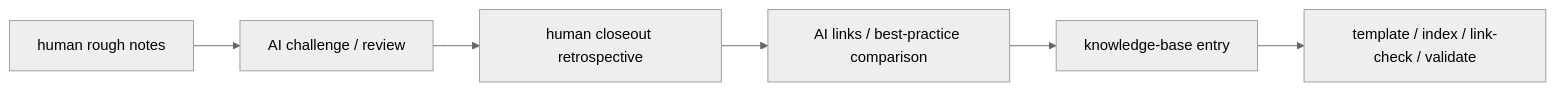
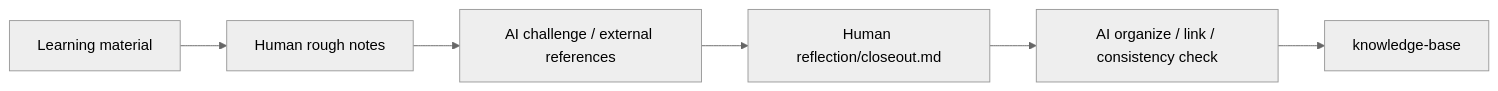
One commit to hedon954/daedalus changed the fourth of 4 diagrams in README.md. Above: the diagram before and after it, drawn with Mermaid (neutral theme). The commit also changed other lines of this file and 30 other files, not shown here.

````diff
--- a/README.md
+++ b/README.md
@@ -217,8 +217,8 @@
 ```mermaid
 flowchart LR
-    Notes["human rough notes"] --> Review["AI challenge / review"]
-    Review --> Retro["human closeout retrospective"]
-    Retro --> Compare["AI links / best-practice comparison"]
-    Compare --> Entry["knowledge-base entry"]
-    Entry --> CLI["template / index / link-check / validate"]
+    Material["Learning material"] --> Notes["Human rough notes"]
+    Notes --> Challenge["AI challenge / external references"]
+    Challenge --> Reflection["Human reflection/closeout.md"]
+    Reflection --> Organize["AI organize / link / consistency check"]
+    Organize --> KB["knowledge-base"]
 ```
````
